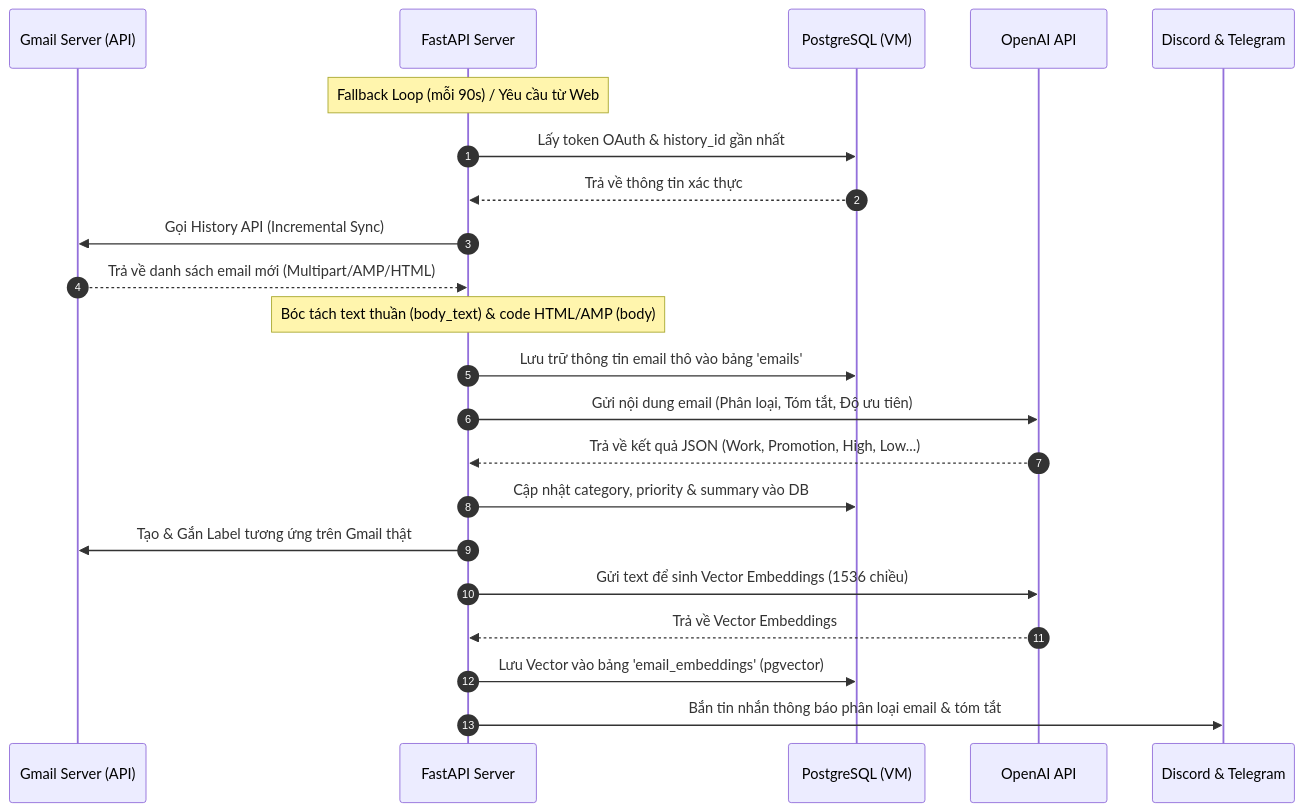
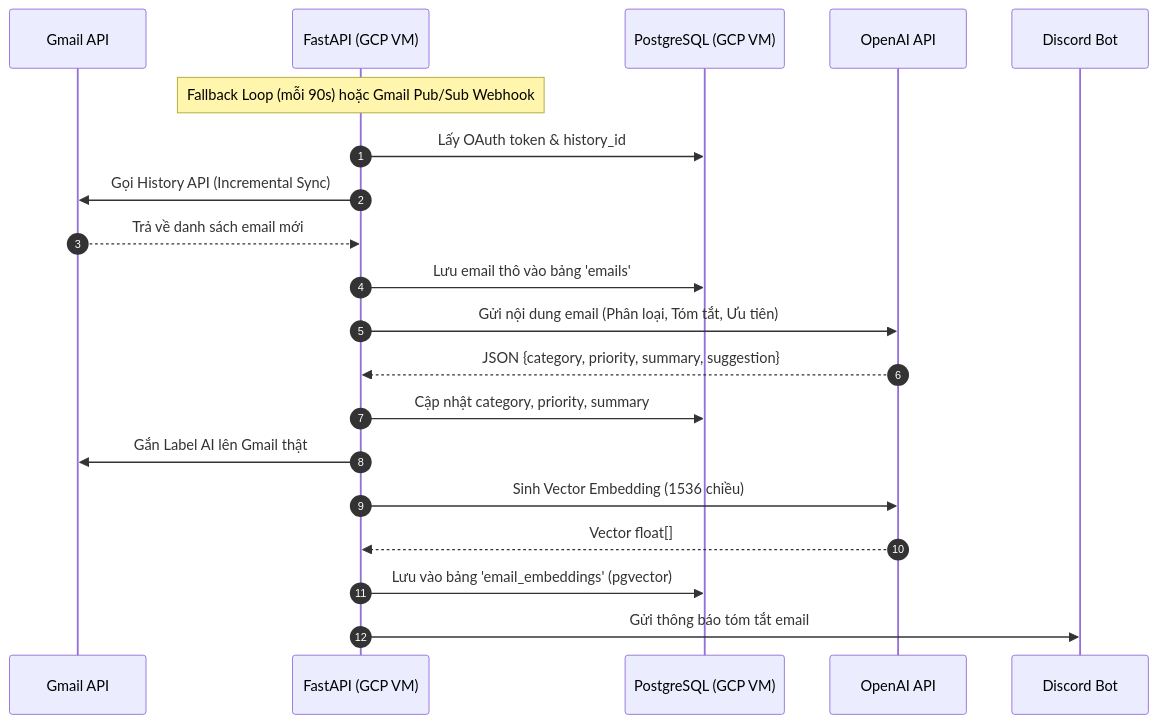
Before and after one commit to khoiteychin/ai-email-manager-agent: the first of 4 diagrams in README.md, drawn with Mermaid. The commit also changed other lines of this file, not shown here.

Commit message:
docs: rewrite README to reflect current codebase (GCP VM + local PostgreSQL, no Telegram)

````diff
--- a/README.md
+++ b/README.md
@@ -86,29 +73,26 @@
 ```mermaid
 sequenceDiagram
     autonumber
-    participant Gmail as Gmail Server (API)
-    participant Backend as FastAPI Server
-    participant DB as PostgreSQL (VM)
+    participant Gmail as Gmail API
+    participant Backend as FastAPI (GCP VM)
+    participant DB as PostgreSQL (GCP VM)
     participant OpenAI as OpenAI API
-    participant Bot as Discord & Telegram
+    participant Discord as Discord Bot
 
-    Note over Backend: Fallback Loop (mỗi 90s) / Yêu cầu từ Web
-    Backend->>DB: Lấy token OAuth & history_id gần nhất
-    DB-->>Backend: Trả về thông tin xác thực
+    Note over Backend: Fallback Loop (mỗi 90s) hoặc Gmail Pub/Sub Webhook
+    Backend->>DB: Lấy OAuth token & history_id
     Backend->>Gmail: Gọi History API (Incremental Sync)
-    Gmail-->>Backend: Trả về danh sách email mới (Multipart/AMP/HTML)
-    Note over Backend: Bóc tách text thuần (body_text) & code HTML/AMP (body)
-    Backend->>DB: Lưu trữ thông tin email thô vào bảng 'emails'
-    
-    Backend->>OpenAI: Gửi nội dung email (Phân loại, Tóm tắt, Độ ưu tiên)
-    OpenAI-->>Backend: Trả về kết quả JSON (Work, Promotion, High, Low...)
-    Backend->>DB: Cập nhật category, priority & summary vào DB
-    
-    Backend->>Gmail: Tạo & Gắn Label tương ứng trên Gmail thật
-    
-    Backend->>OpenAI: Gửi text để sinh Vector Embeddings (1536 chiều)
-    OpenAI-->>Backend: Trả về Vector Embeddings
-    Backend->>DB: Lưu Vector vào bảng 'email_embeddings' (pgvector)
-    
-    Backend->>Bot: Bắn tin nhắn thông báo phân loại email & tóm tắt
+    Gmail-->>Backend: Trả về danh sách email mới
+    Backend->>DB: Lưu email thô vào bảng 'emails'
+
+    Backend->>OpenAI: Gửi nội dung email (Phân loại, Tóm tắt, Ưu tiên)
+    OpenAI-->>Backend: JSON {category, priority, summary, suggestion}
+    Backend->>DB: Cập nhật category, priority, summary
+    Backend->>Gmail: Gắn Label AI lên Gmail thật
+
+    Backend->>OpenAI: Sinh Vector Embedding (1536 chiều)
+    OpenAI-->>Backend: Vector float[]
+    Backend->>DB: Lưu vào bảng 'email_embeddings' (pgvector)
+
+    Backend->>Discord: Gửi thông báo tóm tắt email
 ```
````
